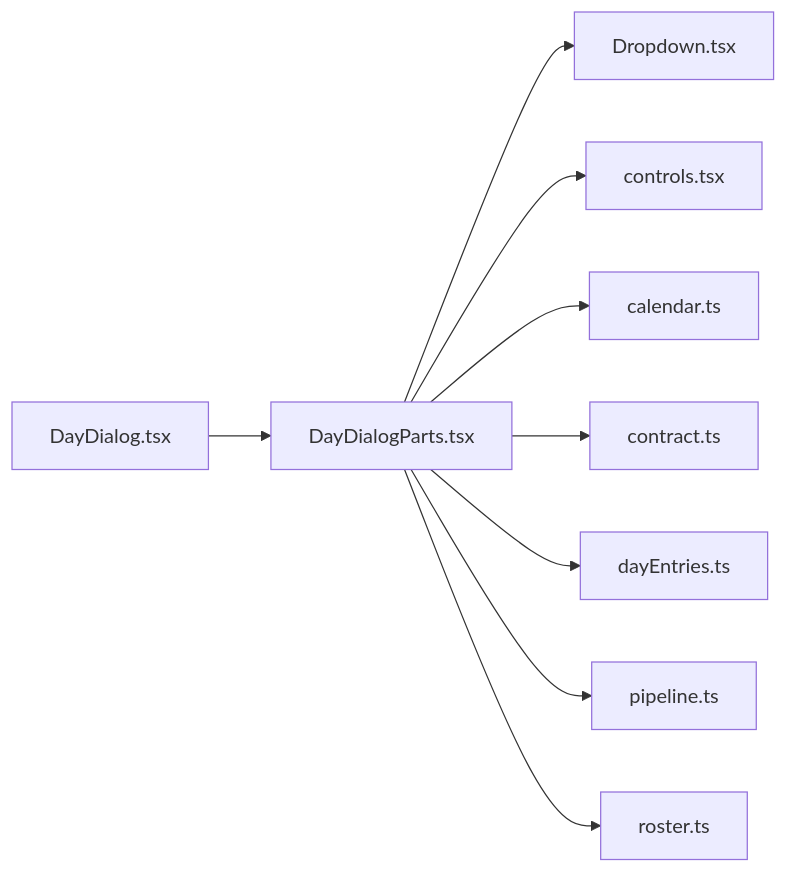
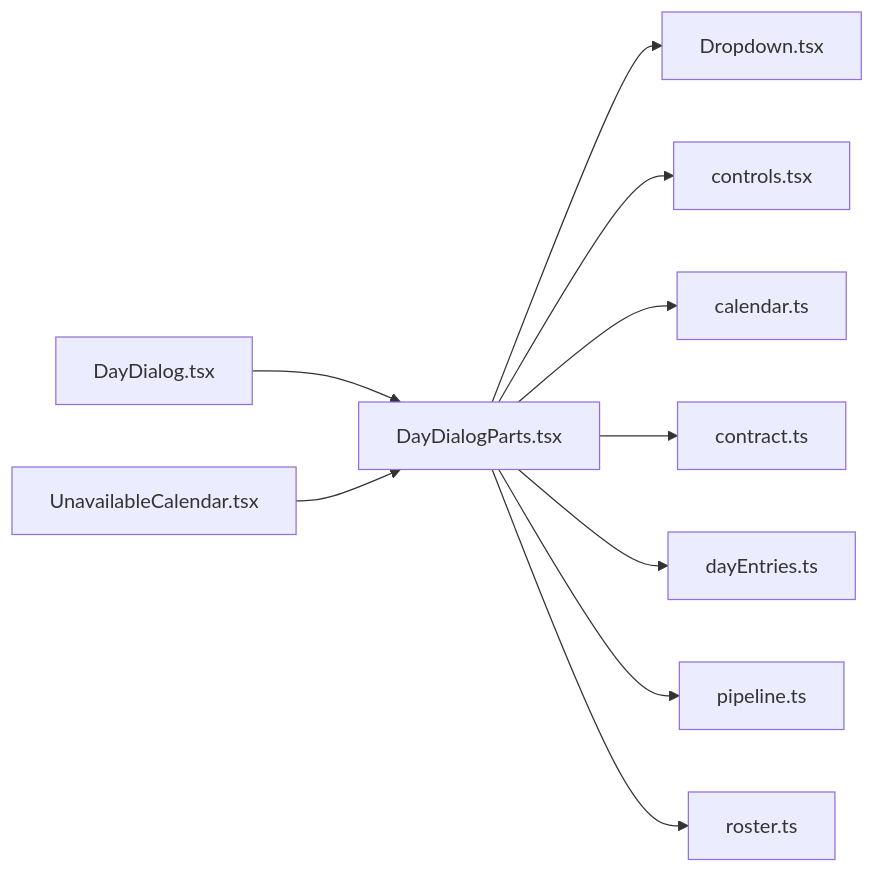
One commit to minkong-dev/Banblit changed the diagram in .cluedoc/graph/frontend/src/routes/DayDialogParts.md. Above: the diagram before and after it, drawn with Mermaid. The commit also changed other lines of this file and 5 other files, not shown here.

Commit message:
frontend: scroll day timelines to the earliest entry on open

````diff
--- a/.cluedoc/graph/frontend/src/routes/DayDialogParts.md
+++ b/.cluedoc/graph/frontend/src/routes/DayDialogParts.md
@@ -10,12 +10,13 @@
 ```mermaid
 flowchart LR
   frontend_src_routes_DayDialogParts["DayDialogParts.tsx"]
   frontend_src_routes_DayDialogParts --> frontend_src_components_Dropdown["Dropdown.tsx"]
   frontend_src_routes_DayDialogParts --> frontend_src_components_controls["controls.tsx"]
   frontend_src_routes_DayDialogParts --> frontend_src_lib_calendar["calendar.ts"]
   frontend_src_routes_DayDialogParts --> frontend_src_lib_contract["contract.ts"]
   frontend_src_routes_DayDialogParts --> frontend_src_lib_dayEntries["dayEntries.ts"]
   frontend_src_routes_DayDialogParts --> frontend_src_lib_pipeline["pipeline.ts"]
   frontend_src_routes_DayDialogParts --> frontend_src_lib_roster["roster.ts"]
   frontend_src_routes_DayDialog["DayDialog.tsx"] --> frontend_src_routes_DayDialogParts
+  frontend_src_routes_UnavailableCalendar["UnavailableCalendar.tsx"] --> frontend_src_routes_DayDialogParts
 ```
````
